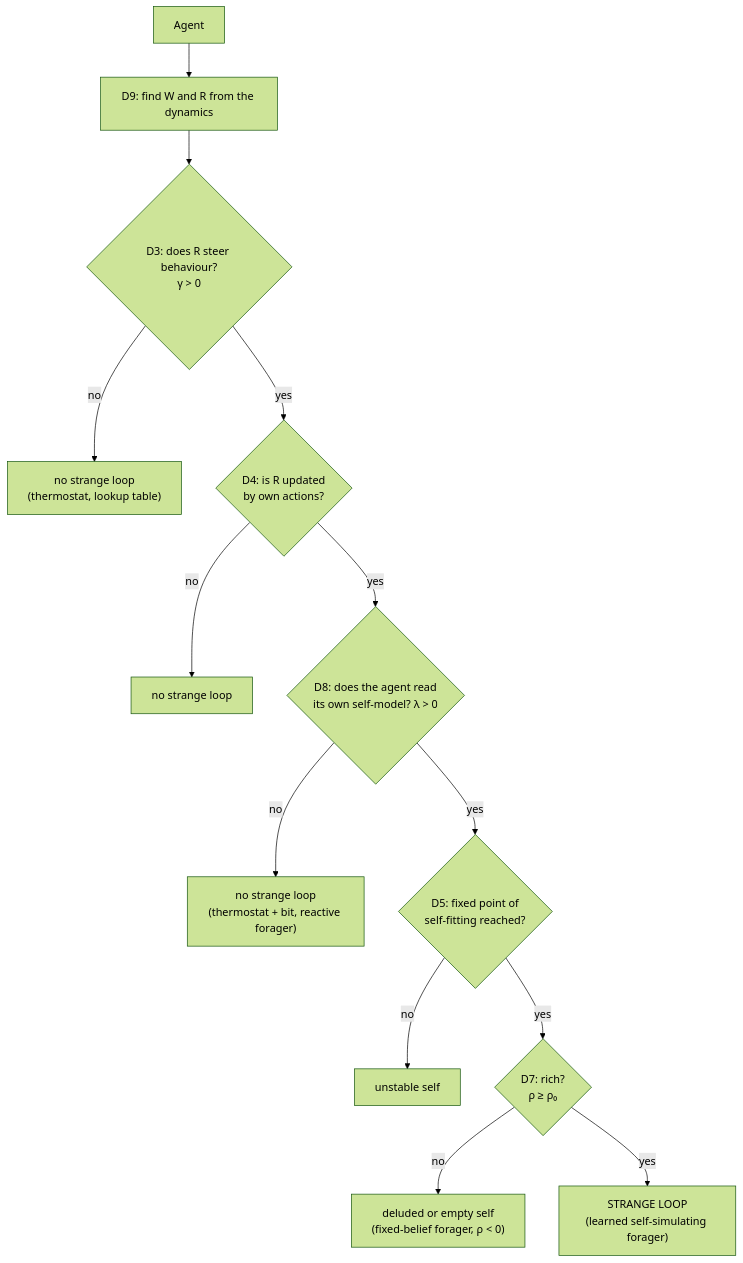
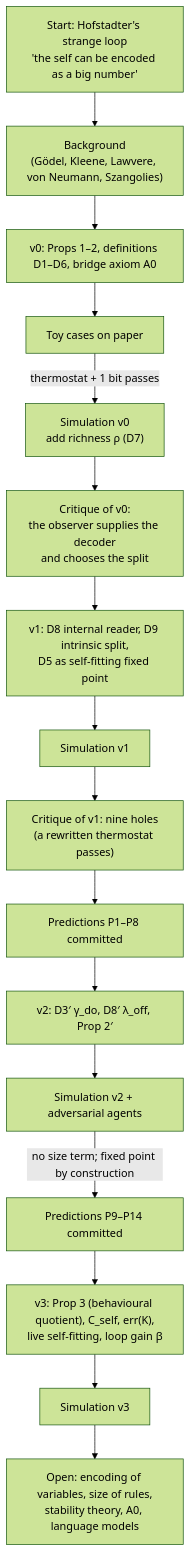
One commit to thomasms/strangeloop changed the fifth of 7 diagrams in REPORT.md. Above: the diagram before and after it, drawn with Mermaid (forest theme). The commit also changed other lines of this file and 4 other files, not shown here.

````diff
--- a/REPORT.md
+++ b/REPORT.md
@@ -653,15 +634,18 @@
 ```mermaid
 flowchart TD
-    A["Agent"] --> D9["D9: find W and R from the dynamics"]
-    D9 --> G{"D3: does R steer behaviour?<br/>γ > 0"}
-    G -- no --> X1["no strange loop<br/>(thermostat, lookup table)"]
-    G -- yes --> L{"D4: is R updated<br/>by own actions?"}
-    L -- no --> X2["no strange loop"]
-    L -- yes --> RD{"D8: does the agent read<br/>its own self-model? λ > 0"}
-    RD -- no --> X3["no strange loop<br/>(thermostat + bit, reactive forager)"]
-    RD -- yes --> FP{"D5: fixed point of<br/>self-fitting reached?"}
-    FP -- no --> X4["unstable self"]
-    FP -- yes --> RI{"D7: rich?<br/>ρ ≥ ρ₀"}
-    RI -- no --> X5["deluded or empty self<br/>(fixed-belief forager, ρ < 0)"]
-    RI -- yes --> OK["STRANGE LOOP<br/>(learned self-simulating forager)"]
+    S["Start: Hofstadter's strange loop<br/>'the self can be encoded as a big number'"] --> L["Background<br/>(Gödel, Kleene, Lawvere, von Neumann, Szangolies)"]
+    L --> F0["v0: Props 1–2, definitions D1–D6, bridge axiom A0"]
+    F0 --> T0["Toy cases on paper"]
+    T0 -->|"thermostat + 1 bit passes"| S0["Simulation v0<br/>add richness ρ (D7)"]
+    S0 --> C0["Critique of v0:<br/>the observer supplies the decoder<br/>and chooses the split"]
+    C0 --> F1["v1: D8 internal reader, D9 intrinsic split,<br/>D5 as self-fitting fixed point"]
+    F1 --> S1["Simulation v1"]
+    S1 --> C1["Critique of v1: nine holes<br/>(a rewritten thermostat passes)"]
+    C1 --> PR1["Predictions P1–P8 committed"]
+    PR1 --> F2["v2: D3′ γ_do, D8′ λ_off, Prop 2′"]
+    F2 --> S2["Simulation v2 + adversarial agents"]
+    S2 -->|"no size term; fixed point by construction"| PR2["Predictions P9–P14 committed"]
+    PR2 --> F3["v3: Prop 3 (behavioural quotient), C_self, err(K),<br/>live self-fitting, loop gain β"]
+    F3 --> S3["Simulation v3"]
+    S3 --> N["Open: encoding of variables, size of rules,<br/>stability theory, A0, language models"]
 ```
````
